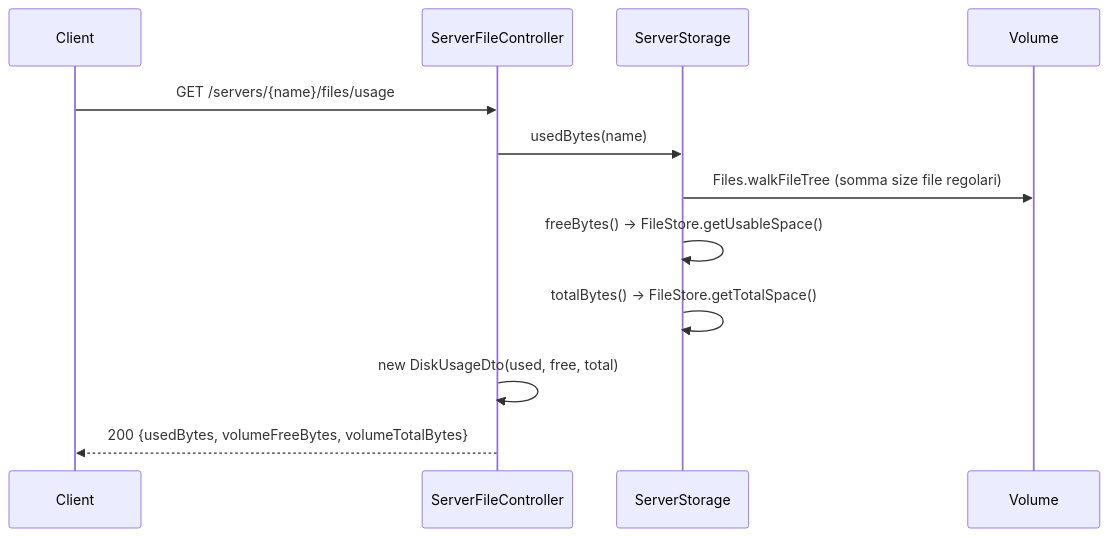
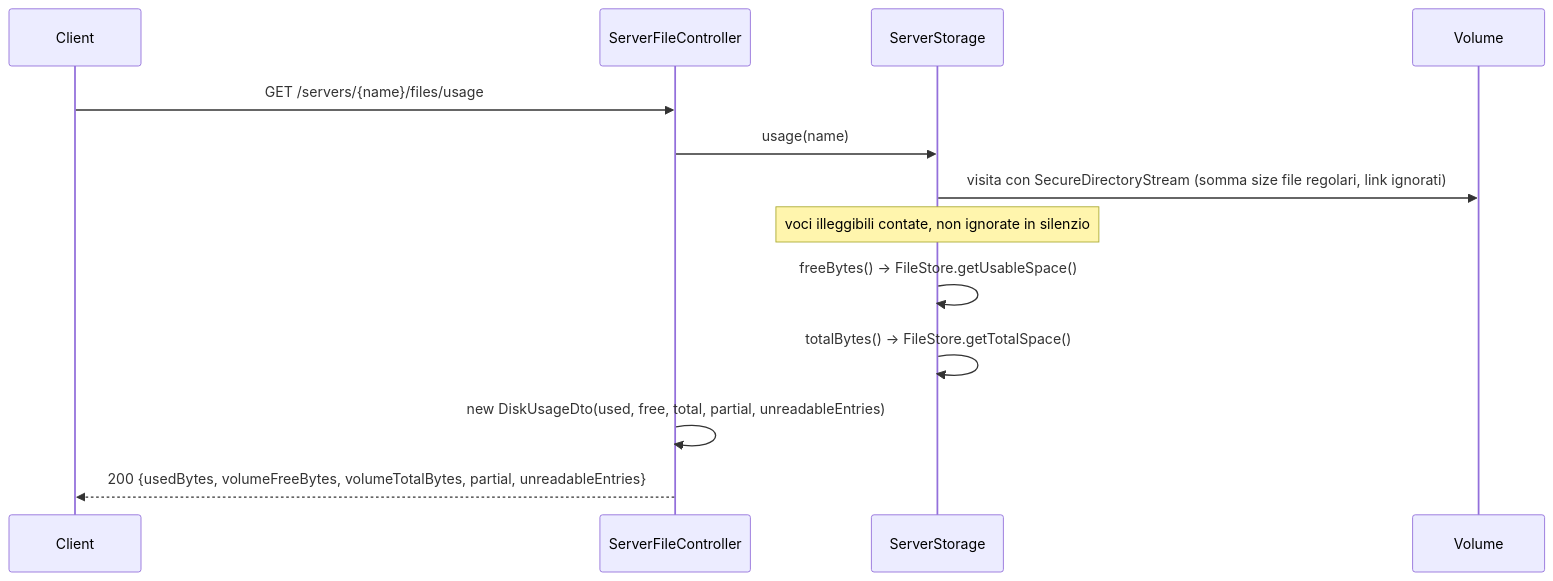
The fifth of 5 diagrams in docs/flows/file-management.md (lorisdemicheli/minecraft-controller), drawn with Mermaid before and after one commit. The commit also changed other lines of this file and 188 other files, not shown here.

````diff
--- a/docs/flows/file-management.md
+++ b/docs/flows/file-management.md
@@ -164,15 +167,16 @@
 ```mermaid
 sequenceDiagram
     participant C as Client
     participant FC as ServerFileController
     participant ST as ServerStorage
     participant Vol as Volume
 
     C->>FC: GET /servers/{name}/files/usage
-    FC->>ST: usedBytes(name)
-    ST->>Vol: Files.walkFileTree (somma size file regolari)
+    FC->>ST: usage(name)
+    ST->>Vol: visita con SecureDirectoryStream (somma size file regolari, link ignorati)
+    Note over ST: voci illeggibili contate, non ignorate in silenzio
     ST->>ST: freeBytes() → FileStore.getUsableSpace()
     ST->>ST: totalBytes() → FileStore.getTotalSpace()
-    FC->>FC: new DiskUsageDto(used, free, total)
-    FC-->>C: 200 {usedBytes, volumeFreeBytes, volumeTotalBytes}
+    FC->>FC: new DiskUsageDto(used, free, total, partial, unreadableEntries)
+    FC-->>C: 200 {usedBytes, volumeFreeBytes, volumeTotalBytes, partial, unreadableEntries}
 ```
````
